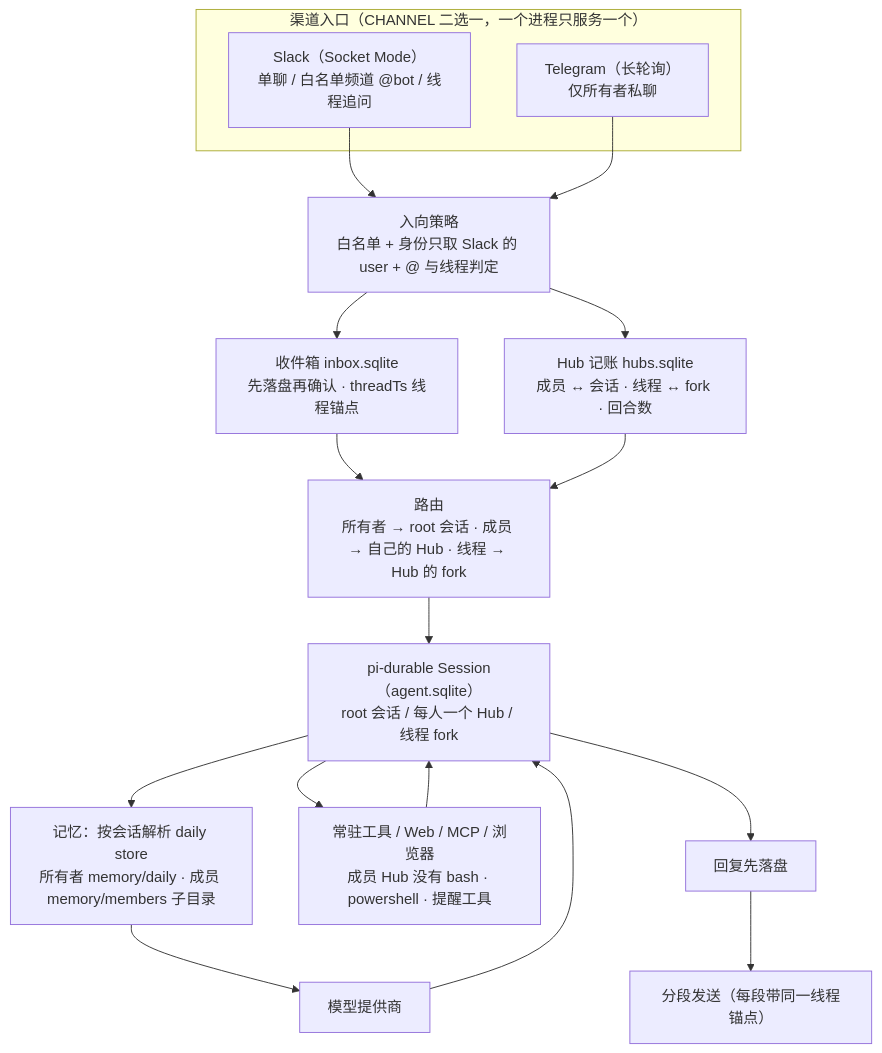
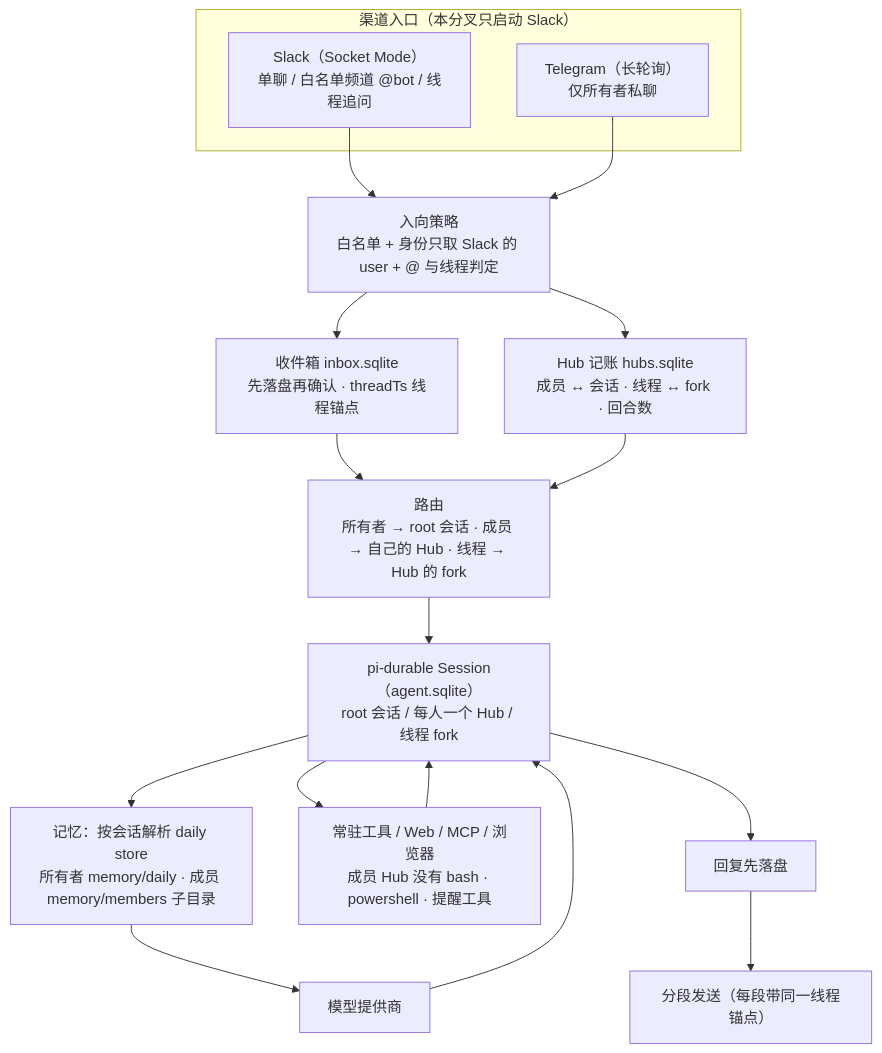
The diagram in README.md (NaoYUN77/slack-bot), drawn with Mermaid before and after one commit. The commit also changed other lines of this file and 229 other files, not shown here.

````diff
--- a/README.md
+++ b/README.md
@@ -15,22 +19,22 @@
 ```mermaid
 flowchart TB
-  subgraph channels["渠道入口（CHANNEL 二选一，一个进程只服务一个）"]
+  subgraph channels["渠道入口（本分叉只启动 Slack）"]
     slack["Slack（Socket Mode）<br/>单聊 / 白名单频道 @bot / 线程追问"]
     telegram["Telegram（长轮询）<br/>仅所有者私聊"]
   end
   slack --> policy
   telegram --> policy
   policy["入向策略<br/>白名单 + 身份只取 Slack 的 user + @ 与线程判定"]
   policy --> inbox["收件箱 inbox.sqlite<br/>先落盘再确认 · threadTs 线程锚点"]
   policy --> hubs["Hub 记账 hubs.sqlite<br/>成员 ↔ 会话 · 线程 ↔ fork · 回合数"]
   inbox --> route["路由<br/>所有者 → root 会话 · 成员 → 自己的 Hub · 线程 → Hub 的 fork"]
   hubs --> route
   route --> runtime["pi-durable Session（agent.sqlite）<br/>root 会话 / 每人一个 Hub / 线程 fork"]
   runtime --> memory["记忆：按会话解析 daily store<br/>所有者 memory/daily · 成员 memory/members 子目录"]
   runtime --> tools["常驻工具 / Web / MCP / 浏览器<br/>成员 Hub 没有 bash · powershell · 提醒工具"]
   memory --> model["模型提供商"]
   tools --> runtime
   model --> runtime
   runtime --> saved["回复先落盘"]
   saved --> send["分段发送（每段带同一线程锚点）"]
 ```
````
